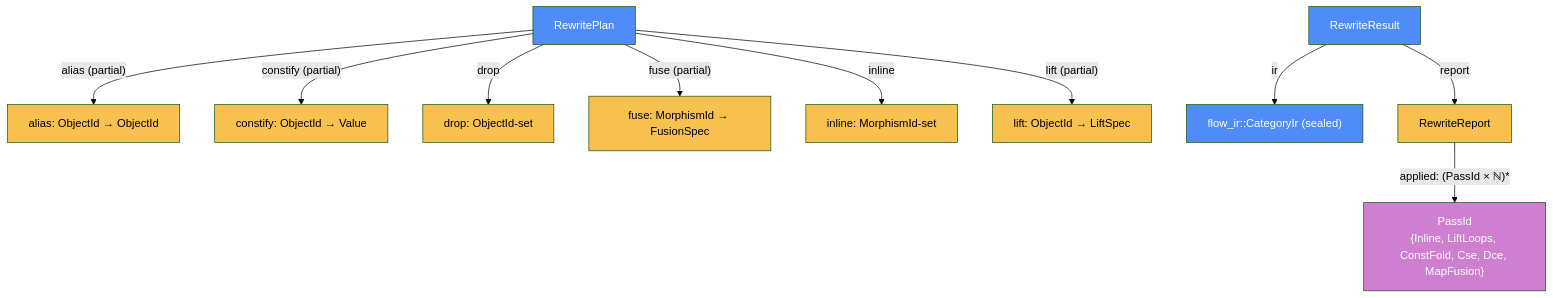
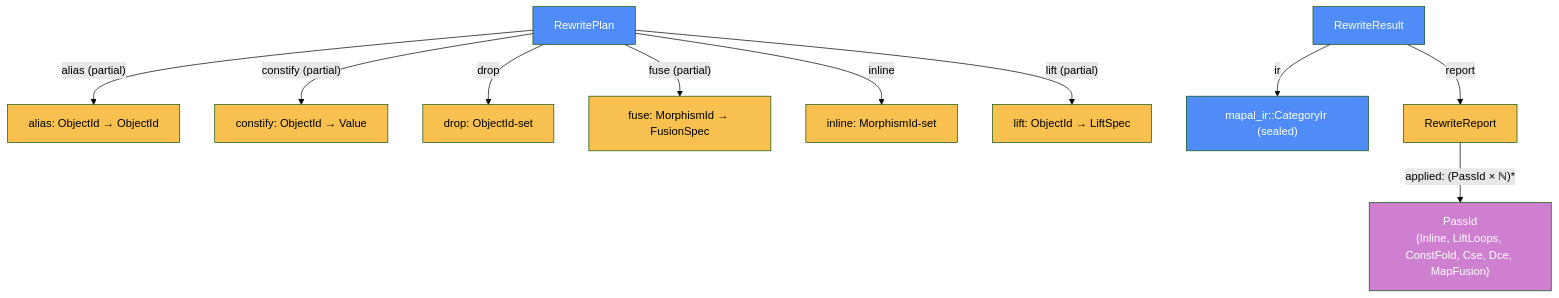
One commit to LessComplexity/flow changed the diagram in docs/components/rewrite/DESIGN.md. Above: the diagram before and after it, drawn with Mermaid (forest theme). The commit also changed other lines of this file and 659 other files, not shown here.

````diff
--- a/docs/components/rewrite/DESIGN.md
+++ b/docs/components/rewrite/DESIGN.md
@@ -18,36 +18,36 @@
 ```mermaid
 graph TB
-    CIr["flow_ir::CategoryIr (sealed)"]
+    CIr["mapal_ir::CategoryIr (sealed)"]
     Plan["RewritePlan"]
     Al["alias: ObjectId → ObjectId"]
     Cf["constify: ObjectId → Value"]
     Dr["drop: ObjectId-set"]
     Fu["fuse: MorphismId → FusionSpec"]
     In["inline: MorphismId-set"]
     Li["lift: ObjectId → LiftSpec"]
     Rep["RewriteReport"]
     Pid["PassId<br/>{Inline, LiftLoops, ConstFold, Cse, Dce, MapFusion}"]
     Res["RewriteResult"]
 
     Res -->|"ir"| CIr
     Res -->|"report"| Rep
     Plan -->|"alias (partial)"| Al
     Plan -->|"constify (partial)"| Cf
     Plan -->|"drop"| Dr
     Plan -->|"fuse (partial)"| Fu
     Plan -->|"inline"| In
     Plan -->|"lift (partial)"| Li
     Rep -->|"applied: (PassId × ℕ)*"| Pid
 
     style CIr fill:#4f8cf7,color:#fff
     style Plan fill:#4f8cf7,color:#fff
     style Res fill:#4f8cf7,color:#fff
     style Rep fill:#f7c04f,color:#000
     style Al fill:#f7c04f,color:#000
     style Cf fill:#f7c04f,color:#000
     style Dr fill:#f7c04f,color:#000
     style Fu fill:#f7c04f,color:#000
     style In fill:#f7c04f,color:#000
     style Li fill:#f7c04f,color:#000
     style Pid fill:#cf7fcf,color:#fff
 ```
````
